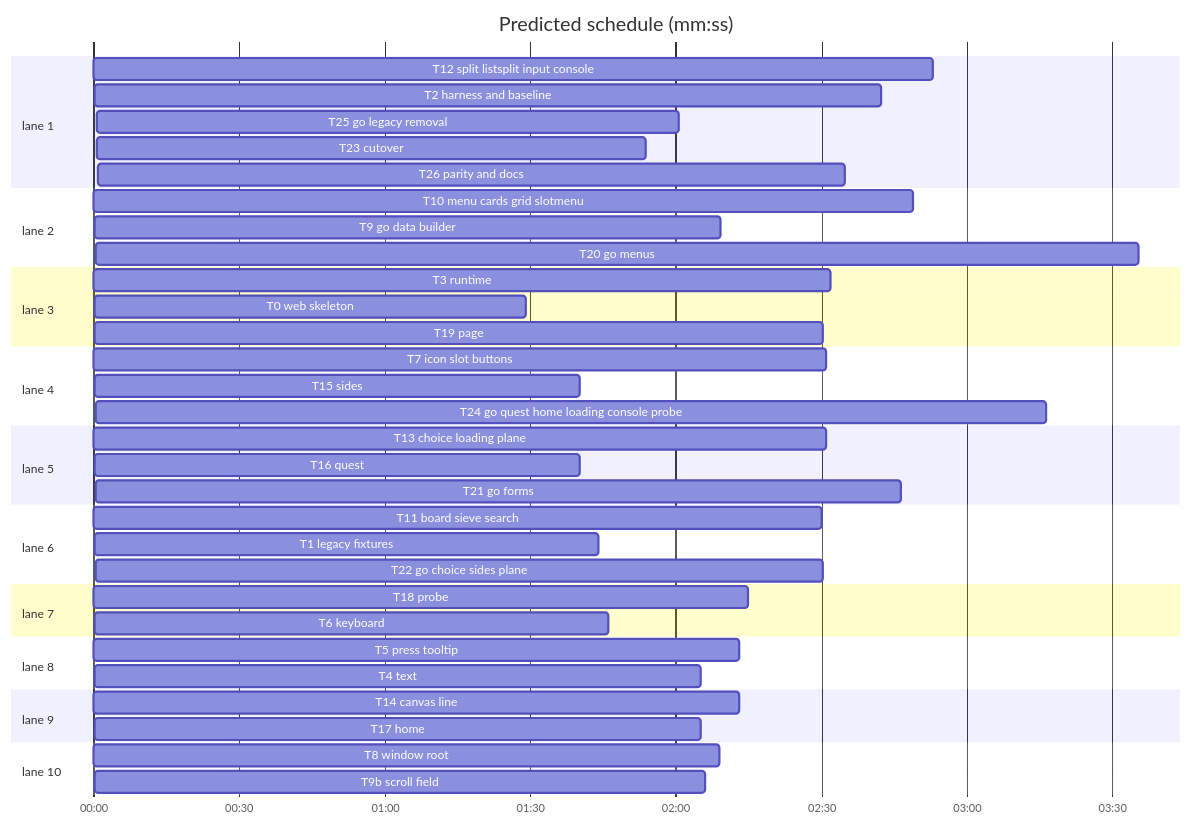
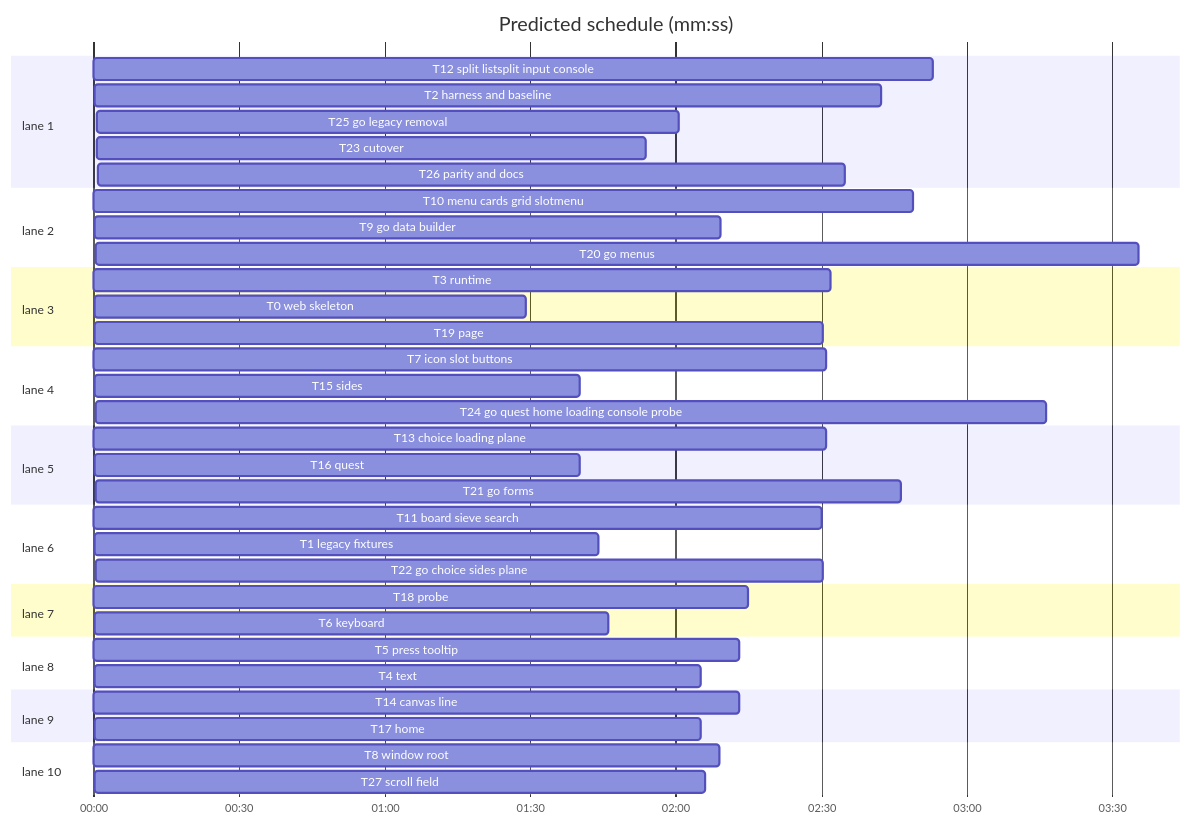
One commit to PresentKim/SkyGear changed the third of 3 diagrams in docs/plans/2026-10-30-react-screens.md. Above: the diagram before and after it, drawn with Mermaid. The commit also changed other lines of this file and 105 other files, not shown here.

````diff
--- a/docs/plans/2026-10-30-react-screens.md
+++ b/docs/plans/2026-10-30-react-screens.md
@@ -109,45 +109,45 @@
 ```mermaid
 %% schedule
 gantt
   title Predicted schedule (mm:ss)
   dateFormat X
   axisFormat %M:%S
   section lane 1
   T12 split listsplit input console :t12, 0, 173s
   T2 harness and baseline :t2, 254, 162s
   T25 go legacy removal :t25, 598, 120s
   T23 cutover :t23, 718, 113s
   T26 parity and docs :t26, 831, 154s
   section lane 2
   T10 menu cards grid slotmenu :t10, 0, 169s
   T9 go data builder :t9, 254, 129s
   T20 go menus :t20, 383, 215s
   section lane 3
   T3 runtime :t3, 0, 152s
   T0 web skeleton :t0, 152, 89s
   T19 page :t19, 257, 150s
   section lane 4
   T7 icon slot buttons :t7, 0, 151s
   T15 sides :t15, 151, 100s
   T24 go quest home loading console probe :t24, 383, 196s
   section lane 5
   T13 choice loading plane :t13, 0, 151s
   T16 quest :t16, 151, 100s
   T21 go forms :t21, 383, 166s
   section lane 6
   T11 board sieve search :t11, 0, 150s
   T1 legacy fixtures :t1, 150, 104s
   T22 go choice sides plane :t22, 383, 150s
   section lane 7
   T18 probe :t18, 0, 135s
   T6 keyboard :t6, 135, 106s
   section lane 8
   T5 press tooltip :t5, 0, 133s
   T4 text :t4, 133, 125s
   section lane 9
   T14 canvas line :t14, 0, 133s
   T17 home :t17, 133, 125s
   section lane 10
   T8 window root :t8, 0, 129s
-  T9b scroll field :t9b, 129, 126s
+  T27 scroll field :t9b, 129, 126s
 ```
````
